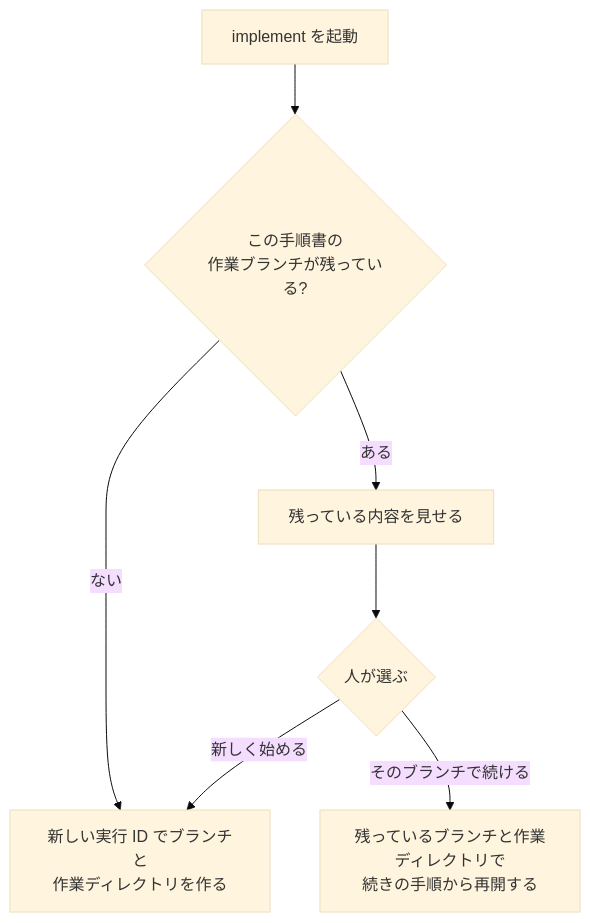
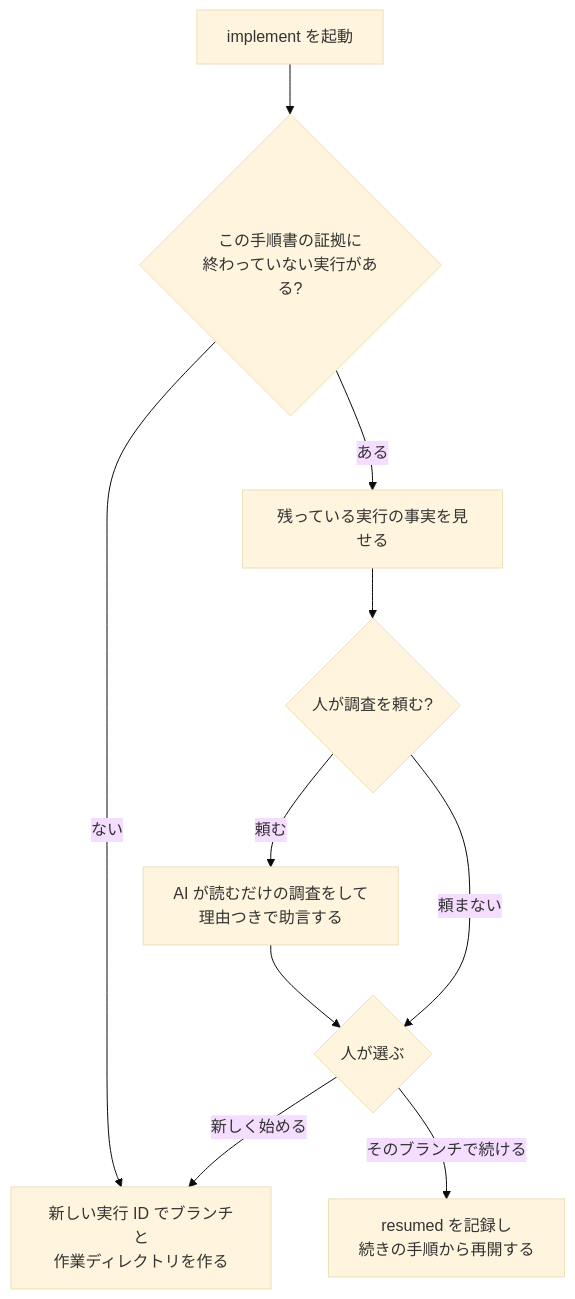
Before and after one commit to ba0918/agentic-workflow: the diagram in docs/spec/implement.md, drawn with Mermaid (base theme). The commit also changed other lines of this file, not shown here.

````diff
--- a/docs/spec/implement.md
+++ b/docs/spec/implement.md
@@ -72,9 +72,12 @@
 ```mermaid
 flowchart TD
-    S[implement を起動] --> Q{この手順書の<br>作業ブランチが残っている?}
+    S[implement を起動] --> Q{この手順書の証拠に<br>終わっていない実行がある?}
     Q -- ない --> N[新しい実行 ID でブランチと<br>作業ディレクトリを作る]
-    Q -- ある --> Show[残っている内容を見せる]
-    Show --> H{人が選ぶ}
-    H -- そのブランチで続ける --> R[残っているブランチと作業ディレクトリで<br>続きの手順から再開する]
+    Q -- ある --> Show[残っている実行の事実を見せる]
+    Show --> I{人が調査を頼む?}
+    I -- 頼む --> Inv[AI が読むだけの調査をして<br>理由つきで助言する]
+    Inv --> H
+    I -- 頼まない --> H{人が選ぶ}
+    H -- そのブランチで続ける --> R[resumed を記録し<br>続きの手順から再開する]
     H -- 新しく始める --> N
 ```
````
